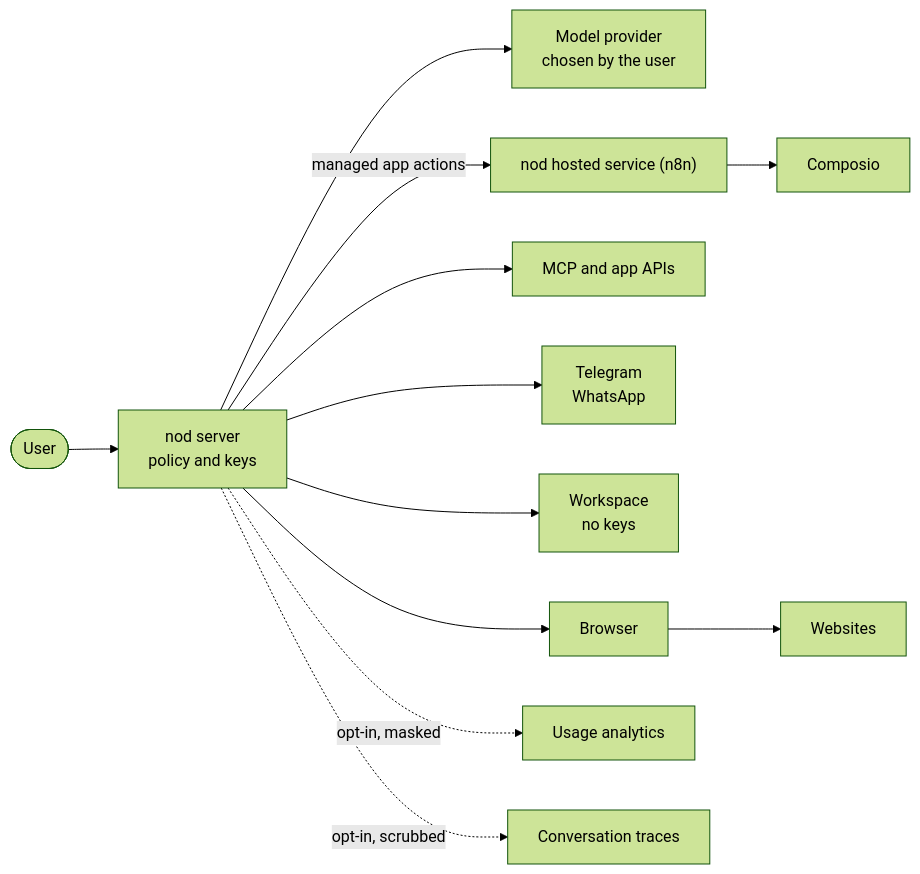
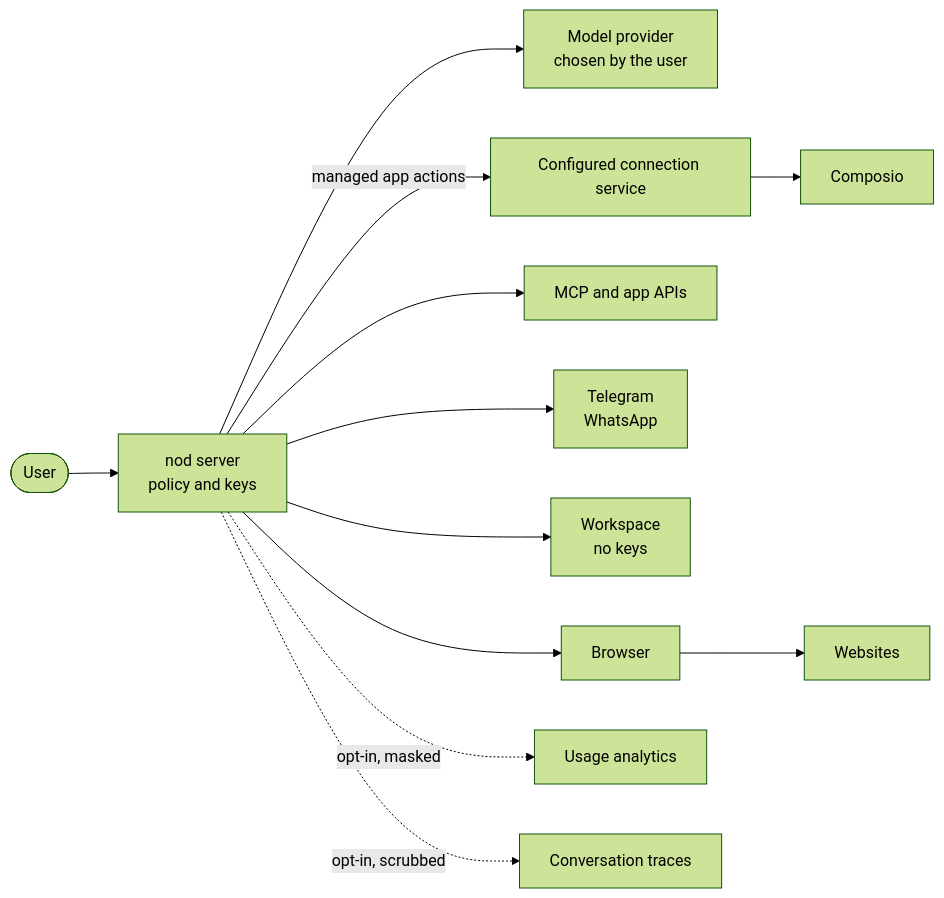
Before and after one commit to KrishBhimani/nod: the diagram in docs/src/content/docs/trust/security-review.mdx, drawn with Mermaid (forest theme). The commit also changed other lines of this file and 135 other files, not shown here.

Commit message:
feat: make nod easy to self-host with secure remote app access (#452)

````diff
--- a/docs/src/content/docs/trust/security-review.mdx
+++ b/docs/src/content/docs/trust/security-review.mdx
@@ -22,13 +24,13 @@
 ```mermaid
 flowchart LR
   user([User]):::accent --> server[nod server<br/>policy and keys]
   server --> model[Model provider<br/>chosen by the user]
-  server -- managed app actions --> managed["nod hosted service (n8n)"]
+  server -- managed app actions --> managed["Configured connection service"]
   managed --> composio[Composio]
   server --> apps[MCP and app APIs]
   server --> chat[Telegram<br/>WhatsApp]
   server --> box[Workspace<br/>no keys]:::muted
   server --> browser[Browser]:::muted --> sites[Websites]
   server -. opt-in, masked .-> analytics[Usage analytics]:::muted
   server -. opt-in, scrubbed .-> traces[Conversation traces]:::muted
 ```
````
